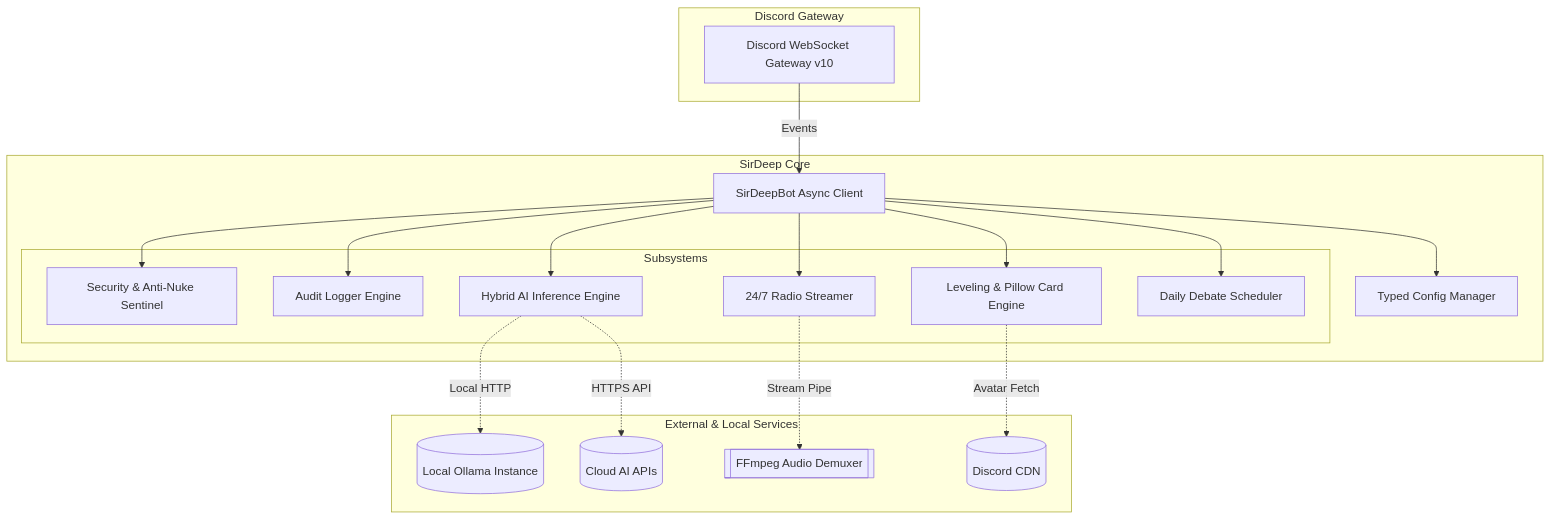
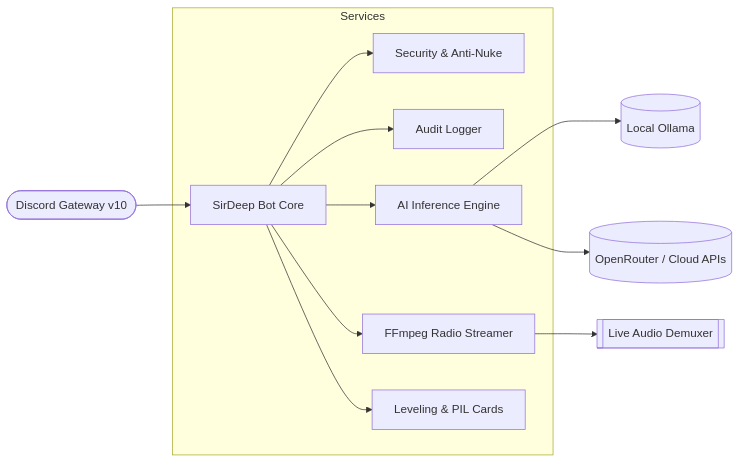
Before and after one commit to opensourcewinter/sirdeep: the diagram in README.md, drawn with Mermaid. The commit also changed other lines of this file and 4 other files, not shown here.

````diff
--- a/README.md
+++ b/README.md
@@ -82,42 +40,16 @@
 ```mermaid
-flowchart TD
-    subgraph Discord Gateway
-        GW[Discord WebSocket Gateway v10]
+flowchart LR
+    GW([Discord Gateway v10]) --> BOT[SirDeep Bot Core]
+    
+    subgraph Services
+        BOT --> SEC[Security & Anti-Nuke]
+        BOT --> AUD[Audit Logger]
+        BOT --> AI[AI Inference Engine]
+        BOT --> RAD[FFmpeg Radio Streamer]
+        BOT --> LVL[Leveling & PIL Cards]
     end
 
-    subgraph SirDeep Core
-        BOT[SirDeepBot Async Client]
-        CFG[Typed Config Manager]
-        
-        GW -->|Events| BOT
-        BOT --> CFG
-        
-        subgraph Subsystems
-            SEC[Security & Anti-Nuke Sentinel]
-            AUD[Audit Logger Engine]
-            AI[Hybrid AI Inference Engine]
-            RAD[24/7 Radio Streamer]
-            LVL[Leveling & Pillow Card Engine]
-            DEB[Daily Debate Scheduler]
-        end
-        
-        BOT --> SEC
-        BOT --> AUD
-        BOT --> AI
-        BOT --> RAD
-        BOT --> LVL
-        BOT --> DEB
-    end
-
-    subgraph External & Local Services
-        OLLAMA[(Local Ollama Instance)]
-        OPENROUTER[(Cloud AI APIs)]
-        FFMPEG[[FFmpeg Audio Demuxer]]
-        CDN[(Discord CDN)]
-    end
-
-    AI -.->|Local HTTP| OLLAMA
-    AI -.->|HTTPS API| OPENROUTER
-    RAD -.->|Stream Pipe| FFMPEG
-    LVL -.->|Avatar Fetch| CDN
+    AI --> OLLAMA[(Local Ollama)]
+    AI --> CLOUD[(OpenRouter / Cloud APIs)]
+    RAD --> AUDIO[[Live Audio Demuxer]]
 ```
````
